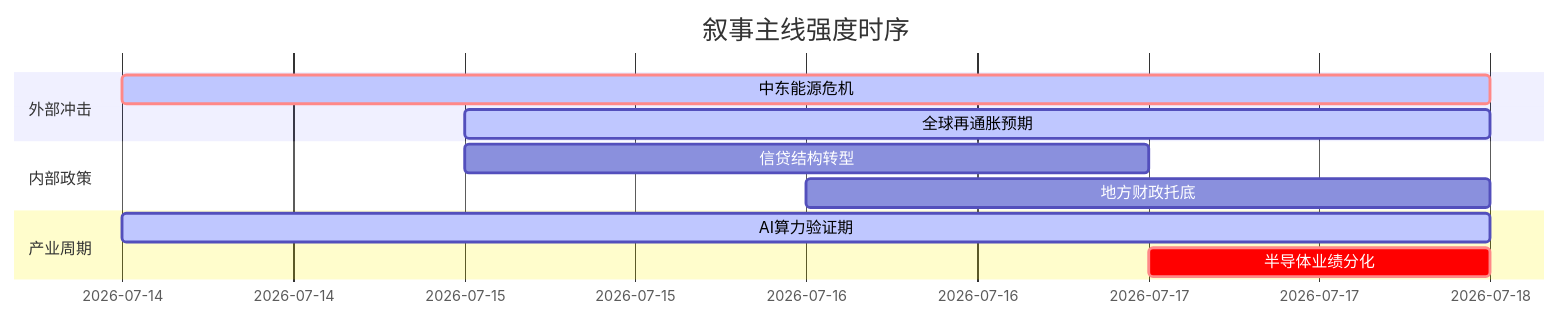
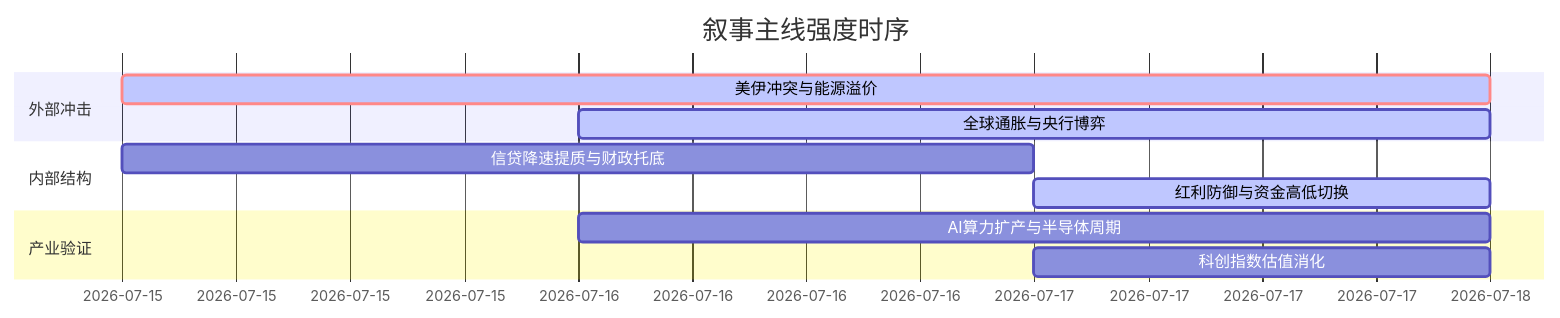
The diagram in 5day_report.md (uu5zn/uu5zn.github.io), drawn with Mermaid before and after one commit. The commit also changed other lines of this file and 24 other files, not shown here.

````diff
--- a/5day_report.md
+++ b/5day_report.md
@@ -55,16 +56,16 @@
 ```mermaid
 gantt
     title 叙事主线强度时序
     dateFormat  YYYY-MM-DD
     section 外部冲击
-    中东能源危机   :crit, active, 2026-07-14, 4d
-    全球再通胀预期 :active, 2026-07-15, 3d
+    美伊冲突与能源溢价   :crit, active, 2026-07-15, 3d
+    全球通胀与央行博弈   :active, 2026-07-16, 2d
     
-    section 内部政策
-    信贷结构转型   :2026-07-15, 2d
-    地方财政托底   :2026-07-16, 2d
+    section 内部结构
+    信贷降速提质与财政托底   :2026-07-15, 2d
+    红利防御与资金高低切换   :active, 2026-07-17, 1d
     
-    section 产业周期
-    AI算力验证期   :active, 2026-07-14, 4d
-    半导体业绩分化 :crit, 2026-07-17, 1d
+    section 产业验证
+    AI算力扩产与半导体周期   :2026-07-16, 2d
+    科创指数估值消化   :2026-07-17, 1d
 ```
````
